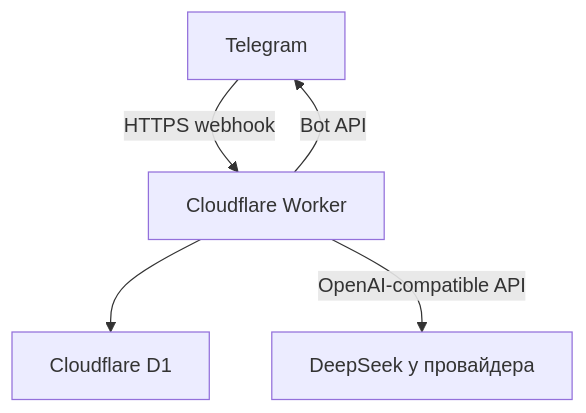
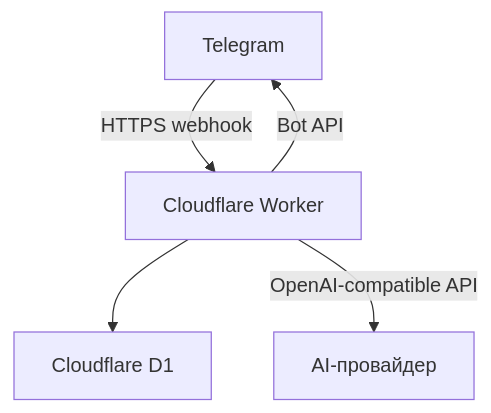
Before and after one commit to Zorii4/meal-memory-bot: the diagram in SPEC.md, drawn with Mermaid. The commit also changed other lines of this file and 6 other files, not shown here.

````diff
--- a/SPEC.md
+++ b/SPEC.md
@@ -64,7 +64,7 @@
 ```mermaid
 flowchart TD
     TG["Telegram"] -->|"HTTPS webhook"| W["Cloudflare Worker"]
     W --> D1["Cloudflare D1"]
-    W -->|"OpenAI-compatible API"| AI["DeepSeek у провайдера"]
+    W -->|"OpenAI-compatible API"| AI["AI-провайдер"]
     W -->|"Bot API"| TG
 ```
````
